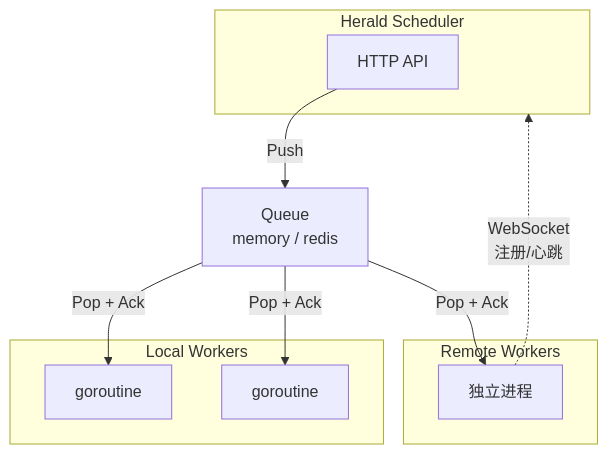
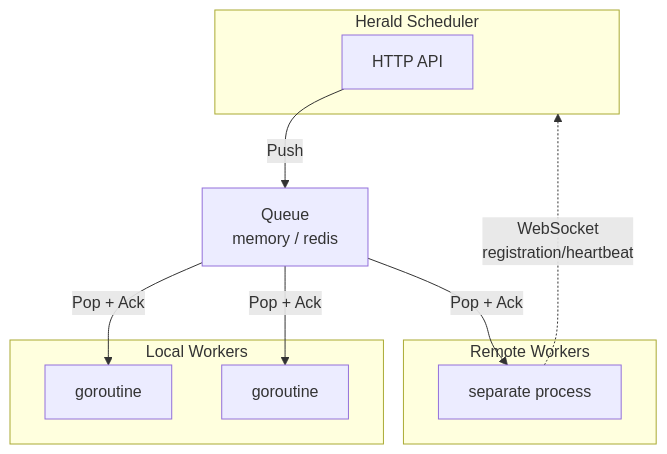
The diagram in docs/runtime/worker.md (cuihairu/herald), drawn with Mermaid before and after one commit. The commit also changed other lines of this file and 178 other files, not shown here.

````diff
--- a/docs/runtime/worker.md
+++ b/docs/runtime/worker.md
@@ -9,23 +7,23 @@
 ```mermaid
 graph TB
     subgraph Scheduler["Herald Scheduler"]
         API["HTTP API"]
     end
 
     Queue["Queue<br/>memory / redis"]
 
     subgraph Local["Local Workers"]
         LW1["goroutine"]
         LW2["goroutine"]
     end
 
     subgraph Remote["Remote Workers"]
-        RW1["独立进程"]
+        RW1["separate process"]
     end
 
     API -->|Push| Queue
     Queue -->|Pop + Ack| LW1
     Queue -->|Pop + Ack| LW2
     Queue -->|Pop + Ack| RW1
-    RW1 -.->|WebSocket<br/>注册/心跳| Scheduler
+    RW1 -.->|WebSocket<br/>registration/heartbeat| Scheduler
 ```
````
